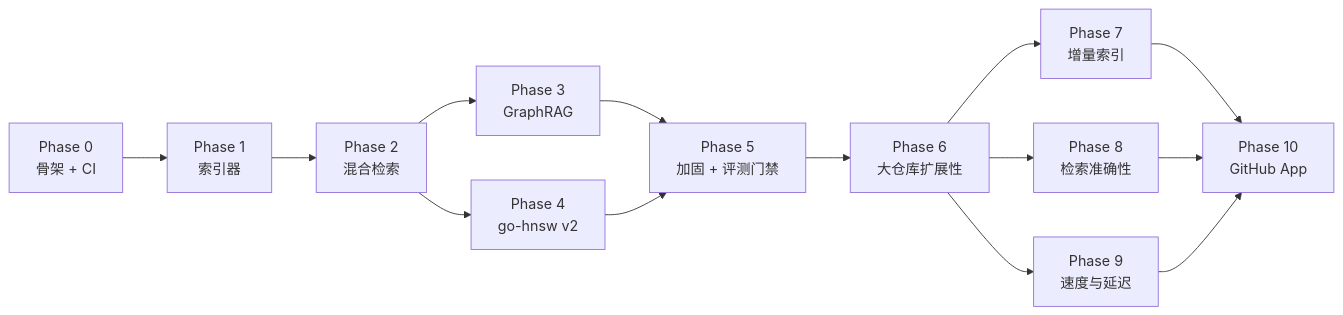
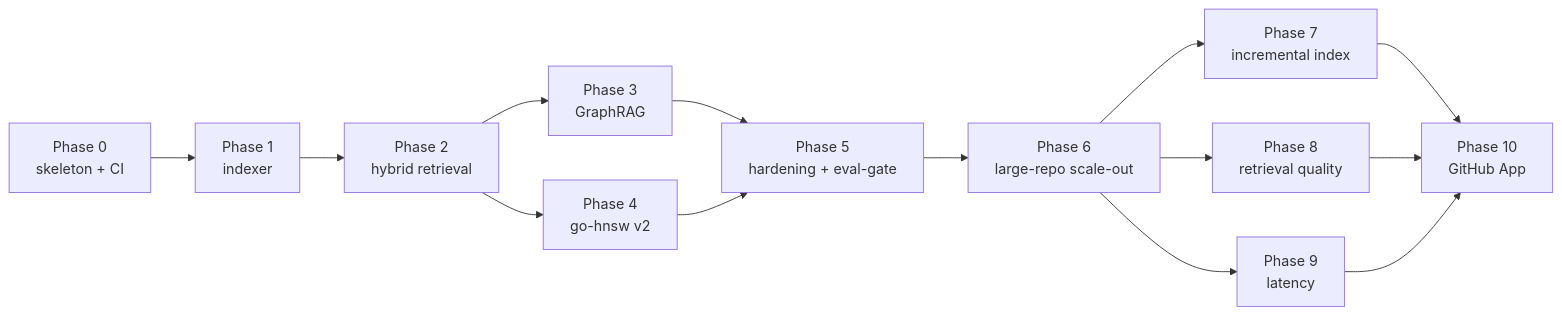
One commit to AndyUneducated/repo-sage changed the first of 2 diagrams in docs/ROADMAP.md. Above: the diagram before and after it, drawn with Mermaid. The commit also changed other lines of this file and 14 other files, not shown here.

````diff
--- a/docs/ROADMAP.md
+++ b/docs/ROADMAP.md
@@ -23,16 +23,16 @@
 ```mermaid
 flowchart LR
-  P0["Phase 0<br/>骨架 + CI"] --> P1["Phase 1<br/>索引器"]
-  P1 --> P2["Phase 2<br/>混合检索"]
+  P0["Phase 0<br/>skeleton + CI"] --> P1["Phase 1<br/>indexer"]
+  P1 --> P2["Phase 2<br/>hybrid retrieval"]
   P2 --> P3["Phase 3<br/>GraphRAG"]
   P2 --> P4["Phase 4<br/>go-hnsw v2"]
-  P3 --> P5["Phase 5<br/>加固 + 评测门禁"]
+  P3 --> P5["Phase 5<br/>hardening + eval-gate"]
   P4 --> P5
-  P5 --> P6["Phase 6<br/>大仓库扩展性"]
-  P6 --> P7["Phase 7<br/>增量索引"]
-  P6 --> P8["Phase 8<br/>检索准确性"]
-  P6 --> P9["Phase 9<br/>速度与延迟"]
+  P5 --> P6["Phase 6<br/>large-repo scale-out"]
+  P6 --> P7["Phase 7<br/>incremental index"]
+  P6 --> P8["Phase 8<br/>retrieval quality"]
+  P6 --> P9["Phase 9<br/>latency"]
   P7 --> P10["Phase 10<br/>GitHub App"]
   P8 --> P10
   P9 --> P10
 ```
````
